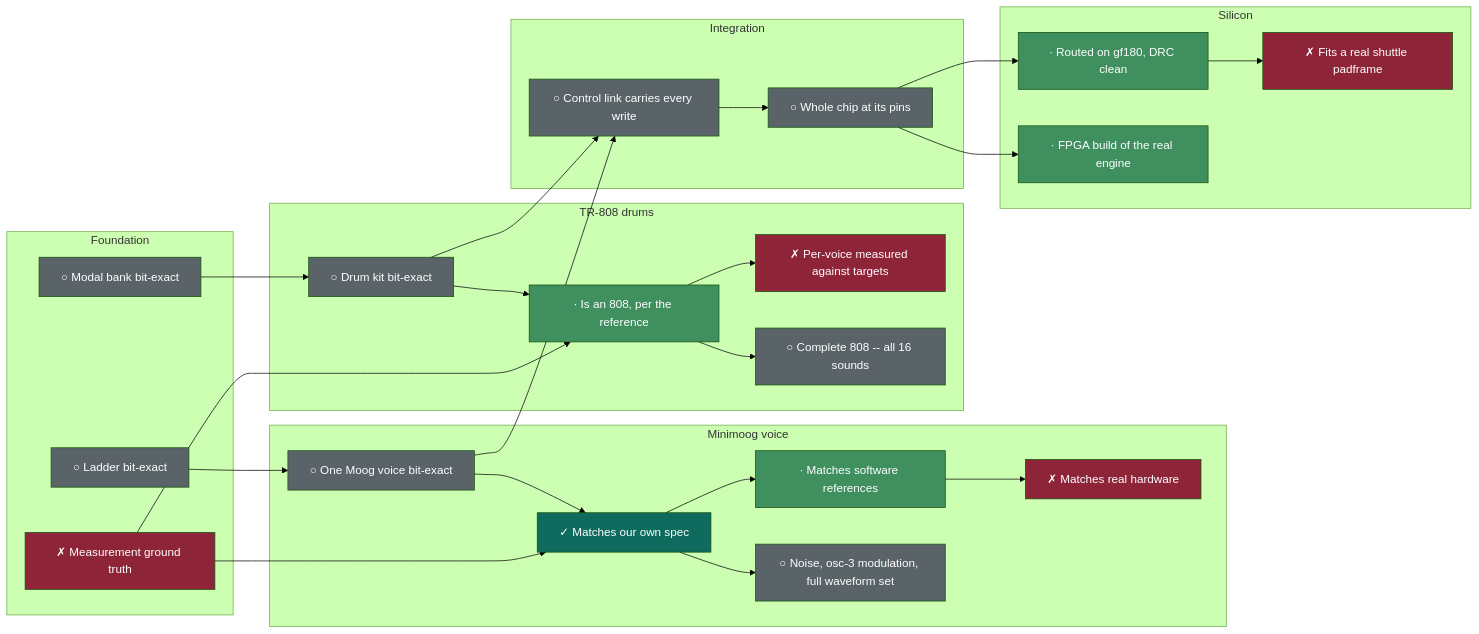
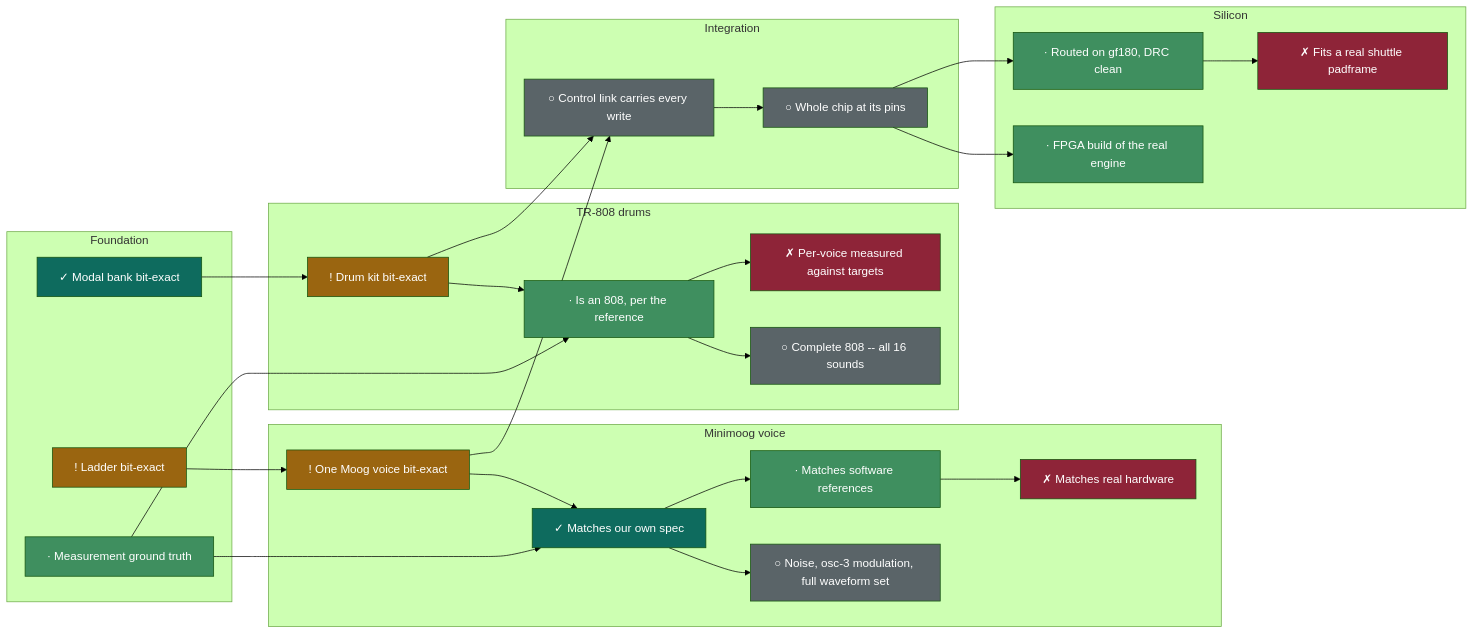
One commit to 2AMLogic/gf180-monosynth changed the diagram in README.md. Above: the diagram before and after it, drawn with Mermaid (forest theme). The commit also changed other lines of this file and 2 other files, not shown here.

Commit message:
tools: a tag is evidence, and it decays when the code under it moves
A slow node -- one whose verifier takes hours and which the per-push job skips
-- was rendering TODO because no result had been recorded for it, even though
an annotated tag existed that was cut after a verified run. A tag IS evidence:
it records that the verifier passed, at a known commit.

So a tag now counts, and covers-staleness is measured against the TAG's commit.
That is what makes a stamp decay honestly rather than sitting there looking
verified: the moment a file the node covers changes, the stamp goes STALE.

The first run with this says three of the five nodes stamped this morning no
longer describe the code -- F1 (ladder_dp_n.v), M1 (voice_dp.v) and D1
(drums_fx.py) have all moved underneath their tags since they were cut. That is
correct and it is the whole point: we stamped them, merged the drum fixes, the
integration work and the FPGA changes, and the stamps stayed green throughout.
The nightly re-runs those verifiers and will re-establish them.

Board: 2 STAMPED, 5 GREEN, 1 RED, 3 STALE, 2 BLOCKED, 4 TODO.

````diff
--- a/README.md
+++ b/README.md
@@ -30,64 +30,64 @@
 ```mermaid
 graph LR
   subgraph foundation["Foundation"]
-    F1["○ Ladder bit-exact"]
-    F2["○ Modal bank bit-exact"]
-    F3["✗ Measurement ground truth"]
+    F1["! Ladder bit-exact"]
+    F2["✓ Modal bank bit-exact"]
+    F3["· Measurement ground truth"]
   end
   subgraph minimoog["Minimoog voice"]
-    M1["○ One Moog voice bit-exact"]
+    M1["! One Moog voice bit-exact"]
     M2["✓ Matches our own spec"]
     M3["· Matches software references"]
     M4["✗ Matches real hardware"]
     M5["○ Noise, osc-3 modulation, full waveform set"]
   end
   subgraph drums["TR-808 drums"]
-    D1["○ Drum kit bit-exact"]
+    D1["! Drum kit bit-exact"]
     D2["· Is an 808, per the reference"]
     D3["✗ Per-voice measured against targets"]
     D4["○ Complete 808 -- all 16 sounds"]
   end
   subgraph integration["Integration"]
     I1["○ Control link carries every write"]
     I2["○ Whole chip at its pins"]
   end
   subgraph silicon["Silicon"]
     S1["· Routed on gf180, DRC clean"]
     S2["✗ Fits a real shuttle padframe"]
     S3["· FPGA build of the real engine"]
   end
   F1 --> M1
   M1 --> M2
   F3 --> M2
   M2 --> M3
   M3 --> M4
   M2 --> M5
   F2 --> D1
   D1 --> D2
   F3 --> D2
   D2 --> D3
   D2 --> D4
   M1 --> I1
   D1 --> I1
   I1 --> I2
   I2 --> S1
   S1 --> S2
   I2 --> S3
-  style F1 fill:#5a6468,color:#fff
-  style F2 fill:#5a6468,color:#fff
-  style F3 fill:#8E2438,color:#fff
-  style M1 fill:#5a6468,color:#fff
+  style F1 fill:#9A6510,color:#fff
+  style F2 fill:#0E6B5E,color:#fff
+  style F3 fill:#3f8f5f,color:#fff
+  style M1 fill:#9A6510,color:#fff
   style M2 fill:#0E6B5E,color:#fff
   style M3 fill:#3f8f5f,color:#fff
   style M4 fill:#8E2438,color:#fff
   style M5 fill:#5a6468,color:#fff
-  style D1 fill:#5a6468,color:#fff
+  style D1 fill:#9A6510,color:#fff
   style D2 fill:#3f8f5f,color:#fff
   style D3 fill:#8E2438,color:#fff
   style D4 fill:#5a6468,color:#fff
   style I1 fill:#5a6468,color:#fff
   style I2 fill:#5a6468,color:#fff
   style S1 fill:#3f8f5f,color:#fff
   style S2 fill:#8E2438,color:#fff
   style S3 fill:#3f8f5f,color:#fff
 ```
````
